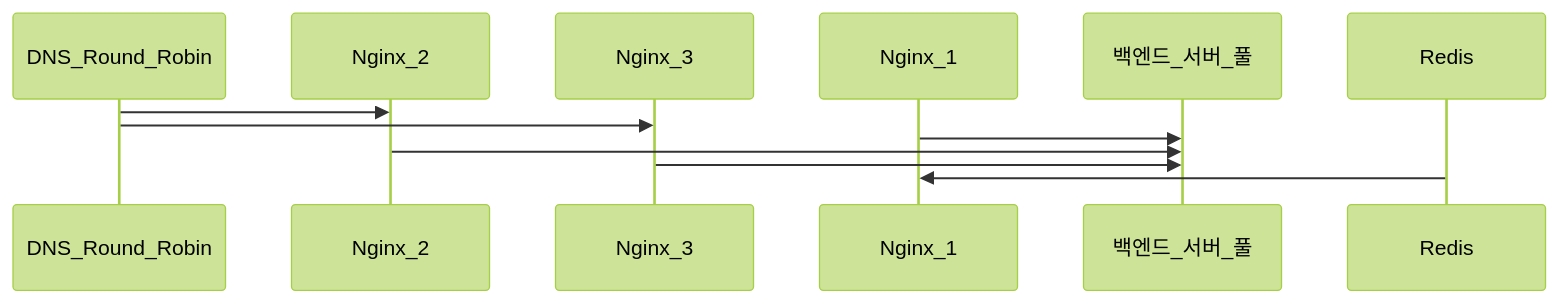
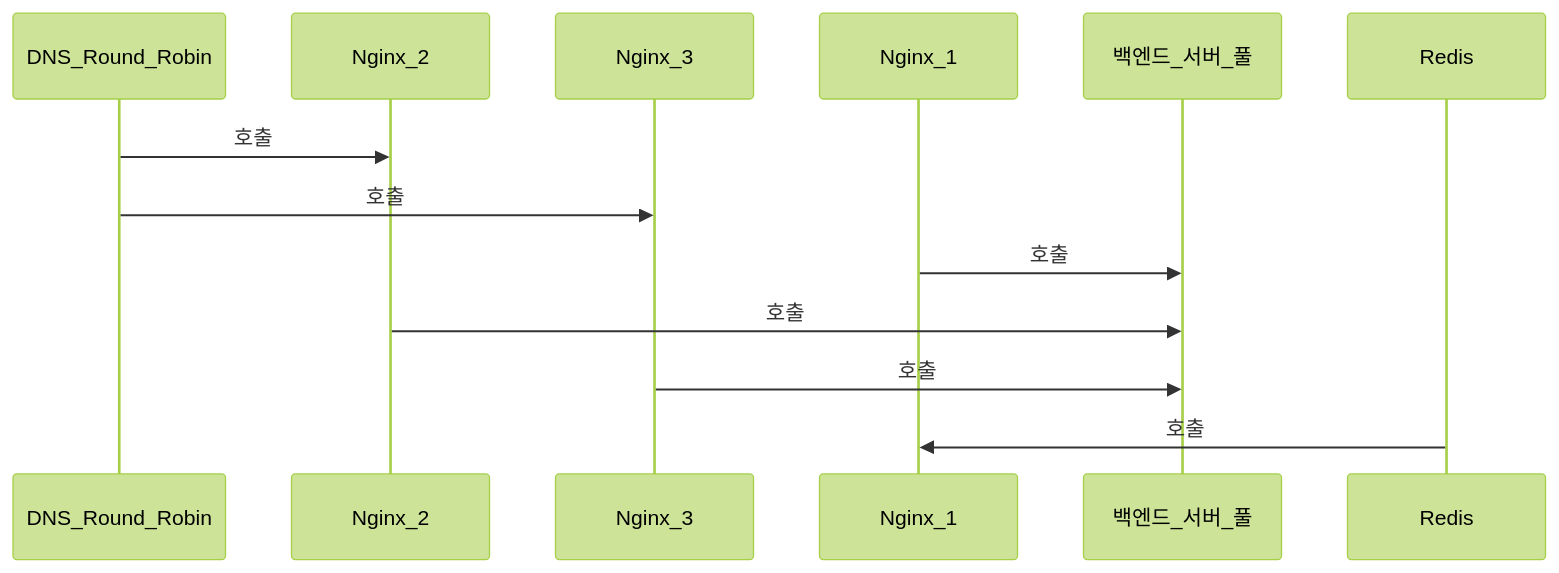
One commit to yjkim2015/yjkim2015.github.io changed diagram 18 of 18 in _posts/server/2026-05-01-nginx.md. Above: the diagram before and after it, drawn with Mermaid (forest theme). The commit also changed other lines of this file and 85 other files, not shown here.

First line of the commit message:
sequenceDiagram 문법 에러 2차 수정 169개 (86파일)

````diff
--- a/_posts/server/2026-05-01-nginx.md
+++ b/_posts/server/2026-05-01-nginx.md
@@ -1046,9 +1046,9 @@
 ```mermaid
 sequenceDiagram
-    DNS_Round_Robin->>Nginx_2:
-    DNS_Round_Robin->>Nginx_3:
-    Nginx_1->>백엔드_서버_풀:
-    Nginx_2->>백엔드_서버_풀:
-    Nginx_3->>백엔드_서버_풀:
-    Redis->>Nginx_1:
+    DNS_Round_Robin->>Nginx_2: 호출
+    DNS_Round_Robin->>Nginx_3: 호출
+    Nginx_1->>백엔드_서버_풀: 호출
+    Nginx_2->>백엔드_서버_풀: 호출
+    Nginx_3->>백엔드_서버_풀: 호출
+    Redis->>Nginx_1: 호출
 ```
````
